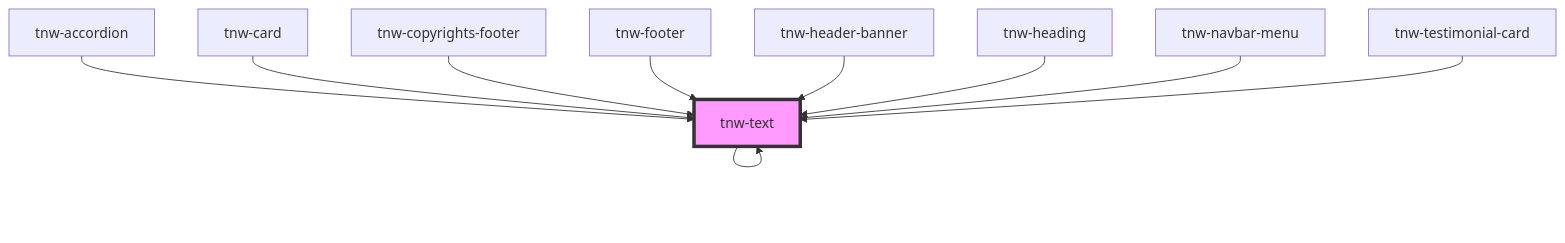
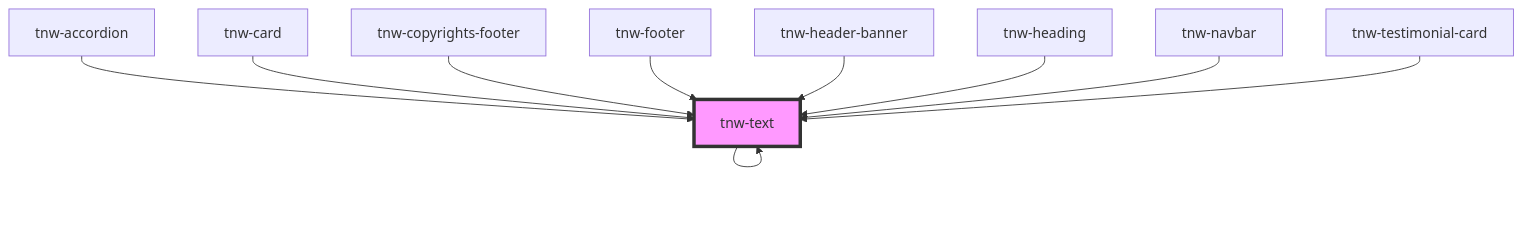
One commit to technway/technway-component-library changed the diagram in packages/stencil-library/src/components/tnw-text/readme.md. Above: the diagram before and after it, drawn with Mermaid. The commit also changed other lines of this file and 98 other files, not shown here.

````diff
--- a/packages/stencil-library/src/components/tnw-text/readme.md
+++ b/packages/stencil-library/src/components/tnw-text/readme.md
@@ -112,13 +112,13 @@
 ```mermaid
 graph TD;
   tnw-text --> tnw-text
   tnw-accordion --> tnw-text
   tnw-card --> tnw-text
   tnw-copyrights-footer --> tnw-text
   tnw-footer --> tnw-text
   tnw-header-banner --> tnw-text
   tnw-heading --> tnw-text
-  tnw-navbar-menu --> tnw-text
+  tnw-navbar --> tnw-text
   tnw-testimonial-card --> tnw-text
   style tnw-text fill:#f9f,stroke:#333,stroke-width:4px
 ```
````
